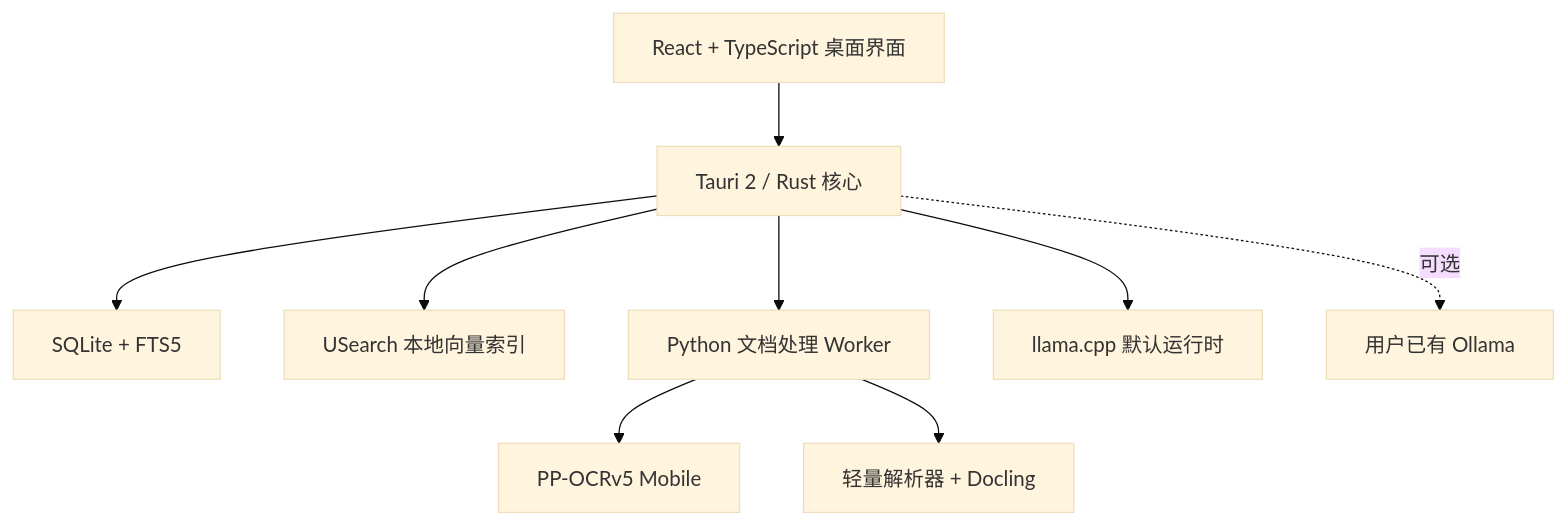
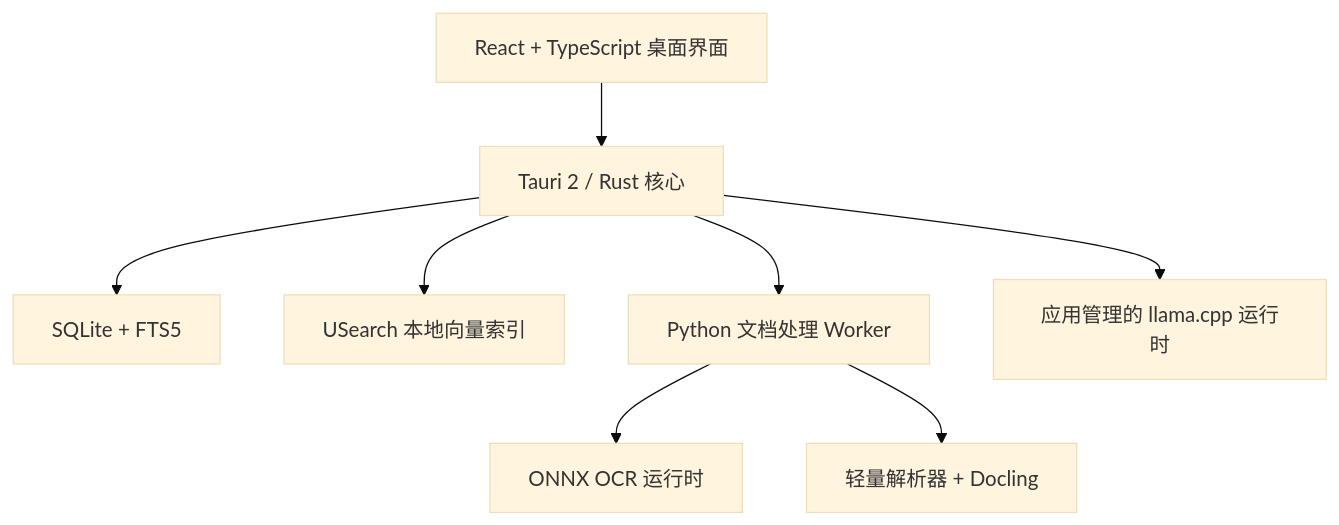
One commit to Chatbot-zhou/FanFan changed the diagram in docs/拾忆-V1-产品与开发规划书.md. Above: the diagram before and after it, drawn with Mermaid (base theme). The commit also changed other lines of this file and 156 other files, not shown here.

````diff
--- a/docs/拾忆-V1-产品与开发规划书.md
+++ b/docs/拾忆-V1-产品与开发规划书.md
@@ -75,11 +76,10 @@
 ```mermaid
 flowchart TD
     UI["React + TypeScript 桌面界面"] --> CORE["Tauri 2 / Rust 核心"]
     CORE --> DB["SQLite + FTS5"]
     CORE --> VEC["USearch 本地向量索引"]
     CORE --> WORKER["Python 文档处理 Worker"]
-    CORE --> LLM["llama.cpp 默认运行时"]
-    CORE -.可选.-> OLLAMA["用户已有 Ollama"]
-    WORKER --> OCR["PP-OCRv5 Mobile"]
+    CORE --> LLM["应用管理的 llama.cpp 运行时"]
+    WORKER --> OCR["ONNX OCR 运行时"]
     WORKER --> PARSER["轻量解析器 + Docling"]
 ```
````
